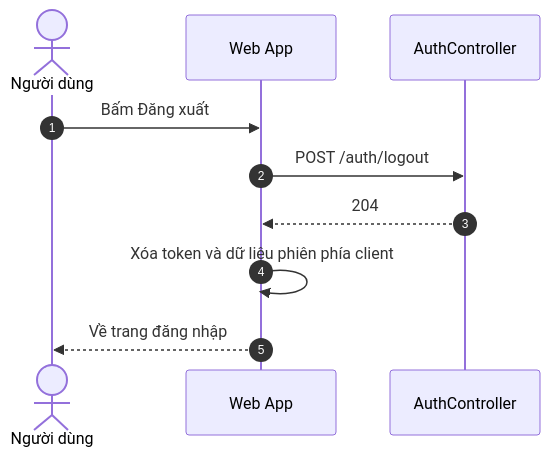
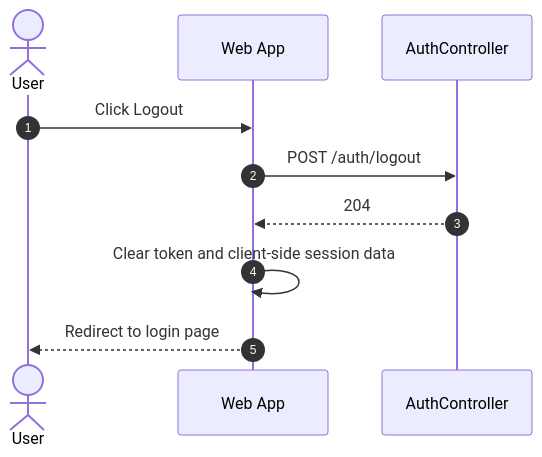
Before and after one commit to Akaza-ban/OCK-360: the second of 32 diagrams in docs/architecture/sequence-diagrams.md, drawn with Mermaid. The commit also changed other lines of this file and 24 other files, not shown here.

````diff
--- a/docs/architecture/sequence-diagrams.md
+++ b/docs/architecture/sequence-diagrams.md
@@ -91,13 +91,13 @@
 ```mermaid
 sequenceDiagram
     autonumber
-    actor U as Người dùng
+    actor U as User
     participant W as Web App
     participant C as AuthController
 
-    U->>W: Bấm Đăng xuất
+    U->>W: Click Logout
     W->>C: POST /auth/logout
     C-->>W: 204
-    W->>W: Xóa token và dữ liệu phiên phía client
-    W-->>U: Về trang đăng nhập
+    W->>W: Clear token and client-side session data
+    W-->>U: Redirect to login page
 ```
````
